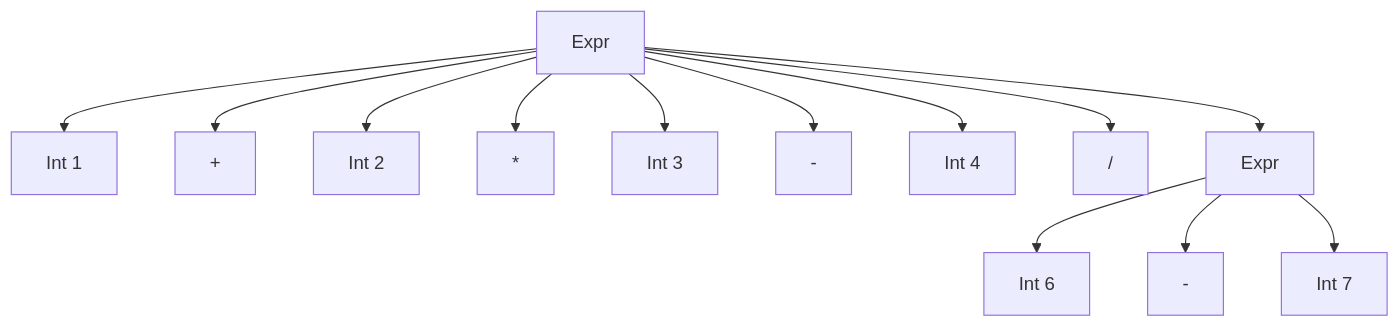
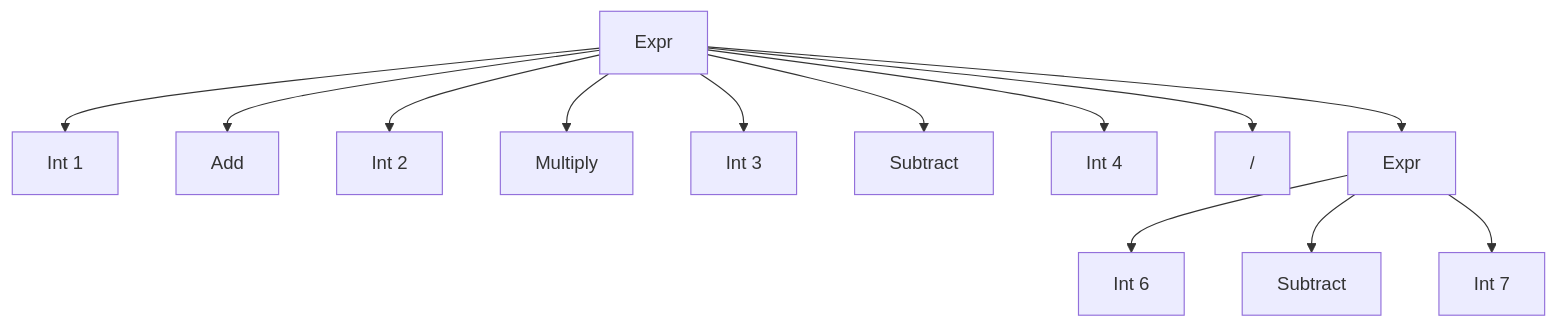
One commit to microsoft/Trieste changed diagram 22 of 27 in samples/infix/README.md. Above: the diagram before and after it, drawn with Mermaid. The commit also changed other lines of this file, not shown here.

````diff
--- a/samples/infix/README.md
+++ b/samples/infix/README.md
@@ -1092,15 +1095,15 @@
 ``` mermaid
 flowchart TD
   A[Expr]-->B[Int 1]
-  A-->C[+]
+  A-->C[Add]
   A-->D[Int 2]
-  A-->E[*]
+  A-->E[Multiply]
   A-->F[Int 3]
-  A-->G[-]
+  A-->G[Subtract]
   A-->H[Int 4]
   A-->I["#47;"]
   A-->J[Expr]
   J-->K[Int 6]
-  J-->L[-]
+  J-->L[Subtract]
   J-->M[Int 7]
 ```
````
